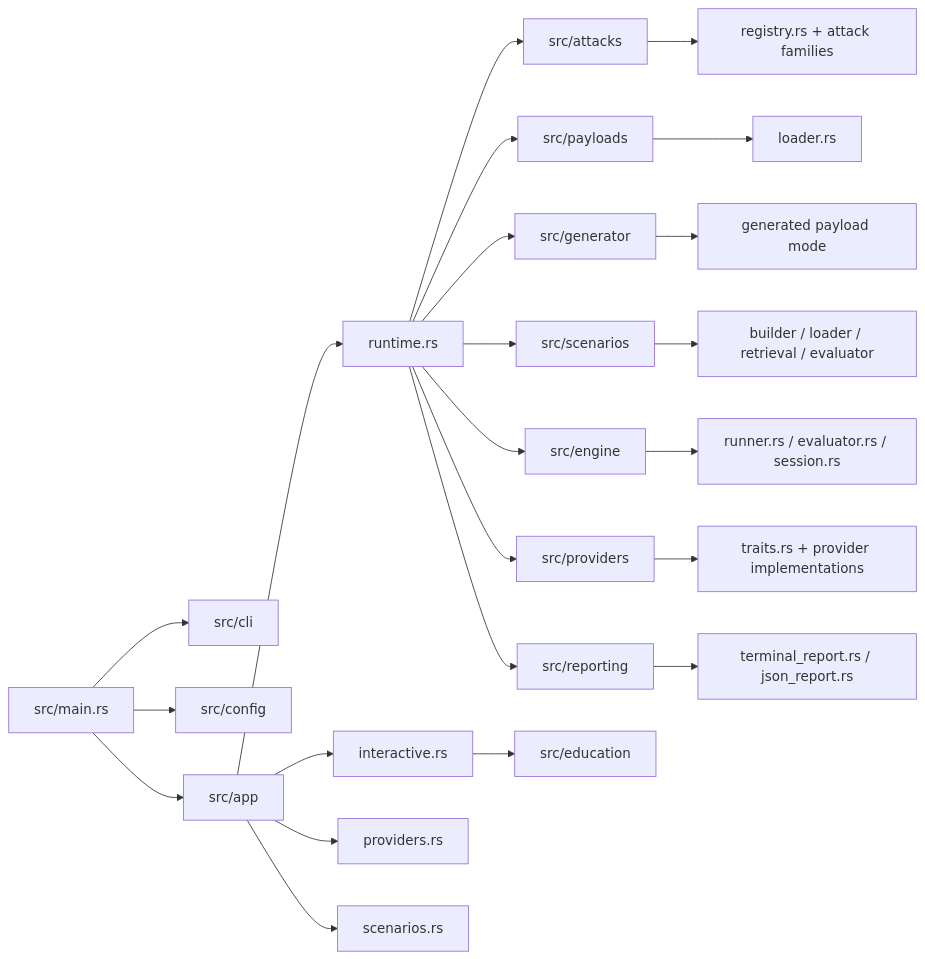
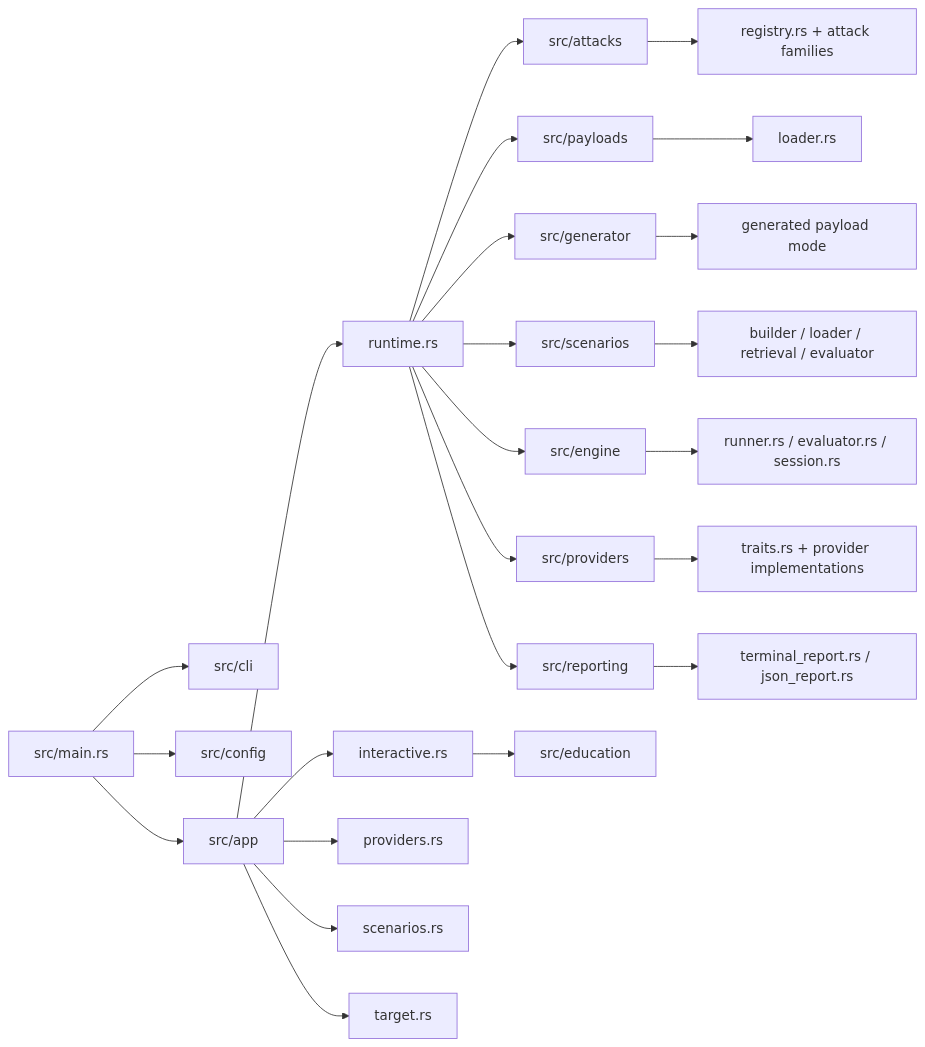
The second of 9 diagrams in Architecture.md (murza4ok/AI-security-test), drawn with Mermaid before and after one commit. The commit also changed other lines of this file and 14 other files, not shown here.

````diff
--- a/Architecture.md
+++ b/Architecture.md
@@ -122,28 +123,29 @@
 ```mermaid
 flowchart LR
     M["src/main.rs"] --> CLI["src/cli"]
     M --> CFG["src/config"]
     M --> APP["src/app"]
 
     APP --> APP1["interactive.rs"]
     APP --> APP2["runtime.rs"]
     APP --> APP3["providers.rs"]
     APP --> APP4["scenarios.rs"]
+    APP --> APP5["target.rs"]
 
     APP2 --> ATK["src/attacks"]
     APP2 --> PAY["src/payloads"]
     APP2 --> GEN["src/generator"]
     APP2 --> SCN["src/scenarios"]
     APP2 --> ENG["src/engine"]
     APP2 --> PRV["src/providers"]
     APP2 --> RPT["src/reporting"]
     APP1 --> EDU["src/education"]
 
     ATK --> ATK1["registry.rs + attack families"]
     PAY --> PAY1["loader.rs"]
     GEN --> GEN1["generated payload mode"]
     SCN --> SCN1["builder / loader / retrieval / evaluator"]
     ENG --> ENG1["runner.rs / evaluator.rs / session.rs"]
     PRV --> PRV1["traits.rs + provider implementations"]
     RPT --> RPT1["terminal_report.rs / json_report.rs"]
 ```
````
